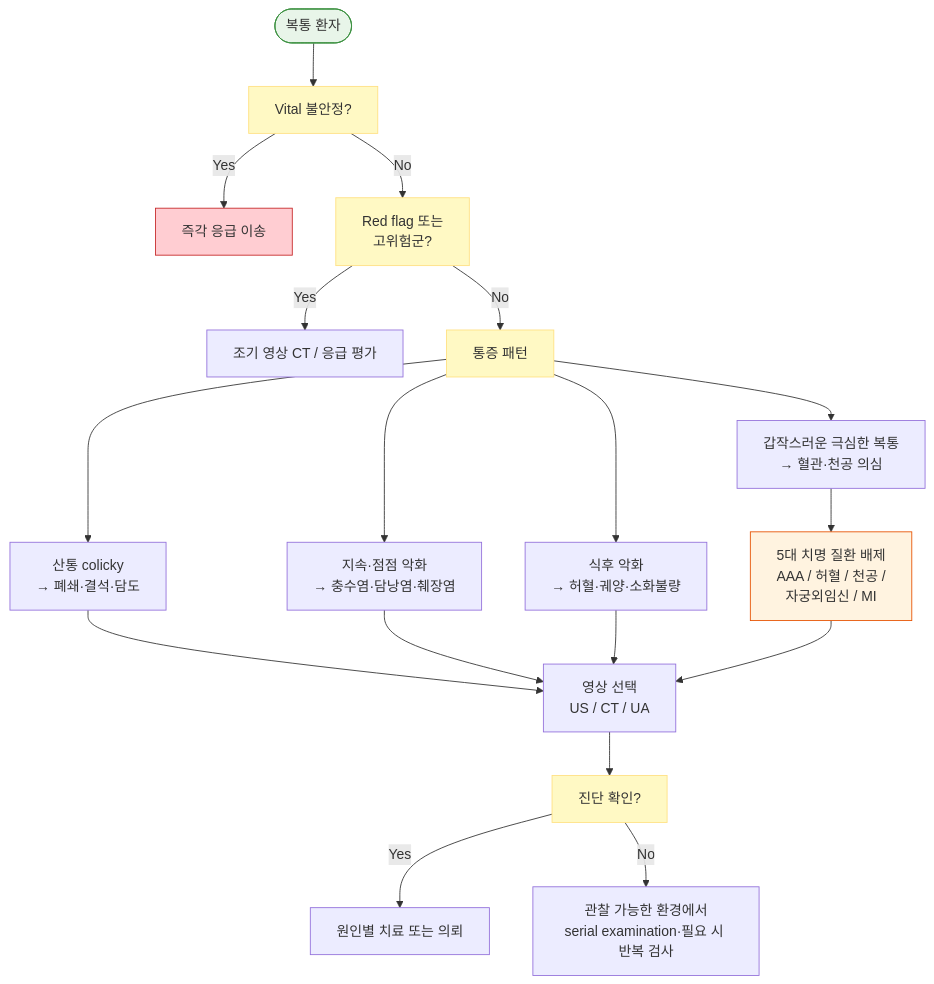
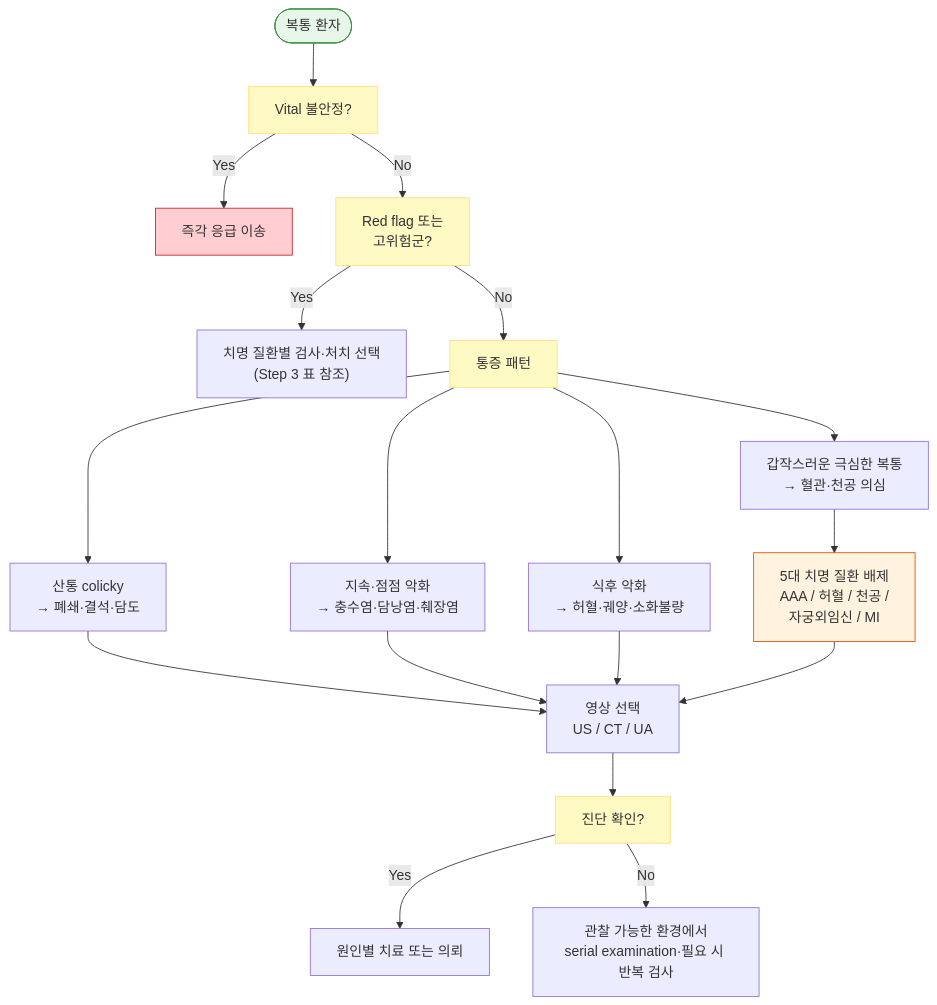
The third of 3 diagrams in 220_/003_-abdominal-pain.md (familyoh77/familyoh77), drawn with Mermaid before and after one commit. The commit also changed other lines of this file, not shown here.

````diff
--- a/220_/003_-abdominal-pain.md
+++ b/220_/003_-abdominal-pain.md
@@ -332,28 +336,28 @@
 ```mermaid
 graph TD
     A([복통 환자]) --> B["Vital 불안정?"]
     B -- Yes --> C[즉각 응급 이송]
     B -- No --> D["Red flag 또는 <br/>고위험군?"]
-    D -- Yes --> E["조기 영상 CT / 응급 평가"]
+    D -- Yes --> E["치명 질환별 검사·처치 선택<br/>(Step 3 표 참조)"]
     D -- No --> F["통증 패턴"]
     F --> G["갑작스러운 극심한 복통<br/>→ 혈관·천공 의심"]
     F --> H["산통 colicky <br/>→ 폐쇄·결석·담도"]
     F --> I["지속·점점 악화 <br/>→ 충수염·담낭염·췌장염"]
     F --> J["식후 악화 <br/>→ 허혈·궤양·소화불량"]
     G --> K["5대 치명 질환 배제 <br/>AAA / 허혈 / 천공 / <br/>자궁외임신 / MI"]
     H --> L["영상 선택 <br/>US / CT / UA"]
     I --> L
     J --> L
     K --> L
     L --> M["진단 확인?"]
     M -- Yes --> N["원인별 치료 또는 의뢰"]
     M -- No --> O["관찰 가능한 환경에서<br/>serial examination·필요 시 반복 검사"]
     classDef startNode fill:#e8f5e9,stroke:#388e3c
     class A startNode
     classDef red fill:#ffcdd2,stroke:#c62828
     class C red
     classDef orangeBox fill:#fff3e0,stroke:#e65100
     class K orangeBox
     classDef yellow fill:#fff9c4,stroke:#ffe082
     class B,D,F,M yellow
 ```
````
